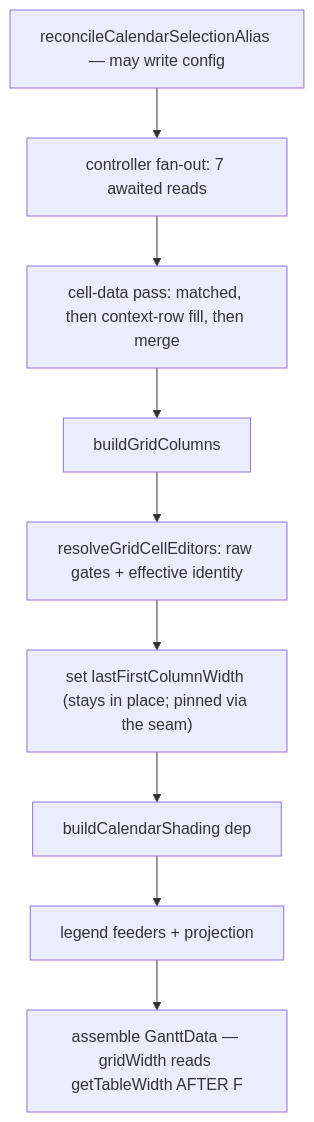
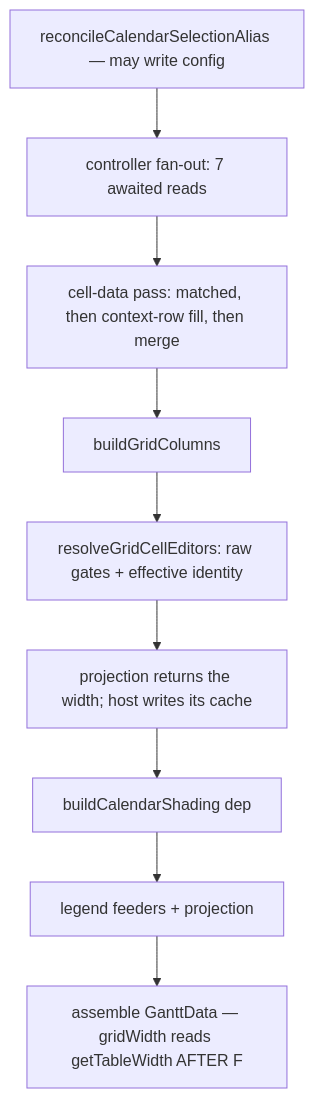
One commit to renatomen/tasknotes-gantt changed the second of 2 diagrams in docs/plans/2026-09-03-001-refactor-register-render-data-characterization-plan.md. Above: the diagram before and after it, drawn with Mermaid. The commit also changed other lines of this file, not shown here.

First line of the commit message:
docs(plans): take the course the book prescribes — extract the projection, do not test through the cast

````diff
--- a/docs/plans/2026-09-03-001-refactor-register-render-data-characterization-plan.md
+++ b/docs/plans/2026-09-03-001-refactor-register-render-data-characterization-plan.md
@@ -194,9 +199,9 @@
 ```mermaid
 flowchart TB
   A[reconcileCalendarSelectionAlias — may write config] --> B[controller fan-out: 7 awaited reads]
   B --> C[cell-data pass: matched, then context-row fill, then merge]
   C --> D[buildGridColumns] --> E[resolveGridCellEditors: raw gates + effective identity]
-  E --> F["set lastFirstColumnWidth (stays in place; pinned via the seam)"]
+  E --> F["projection returns the width; host writes its cache"]
   F --> G[buildCalendarShading dep] --> H[legend feeders + projection]
   H --> I["assemble GanttData — gridWidth reads getTableWidth AFTER F"]
 ```
````
